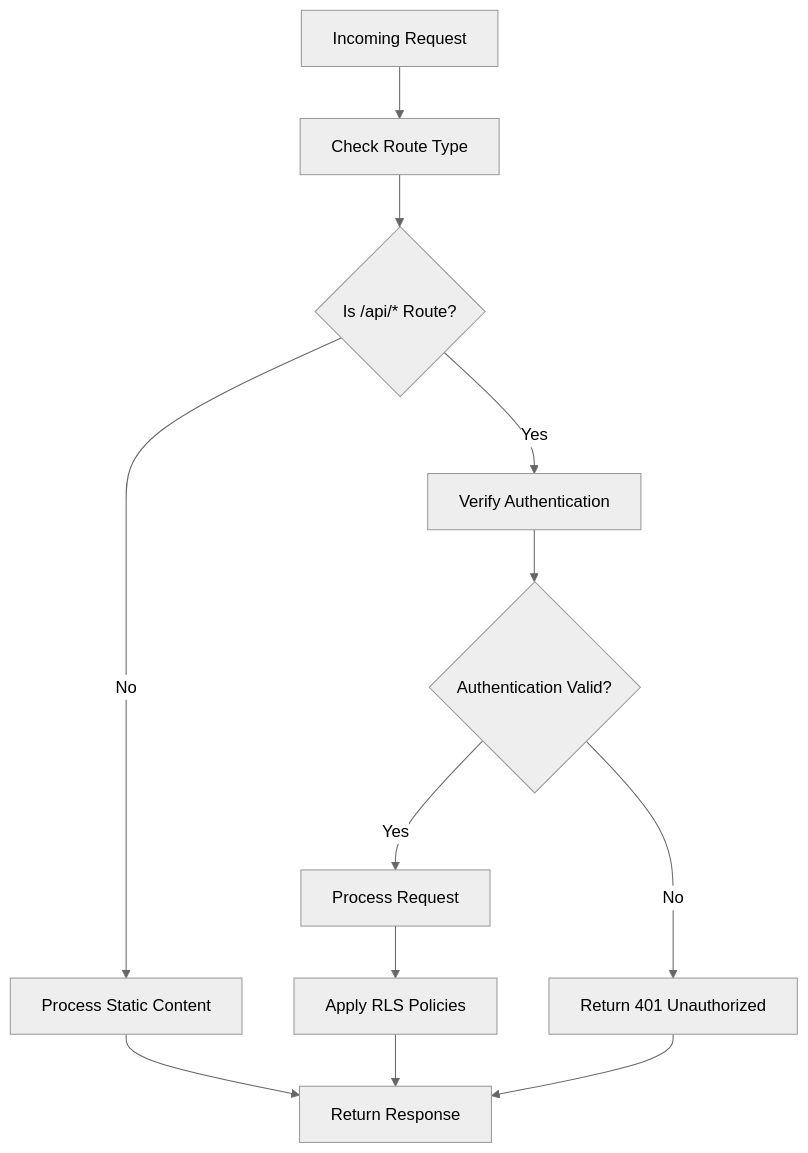
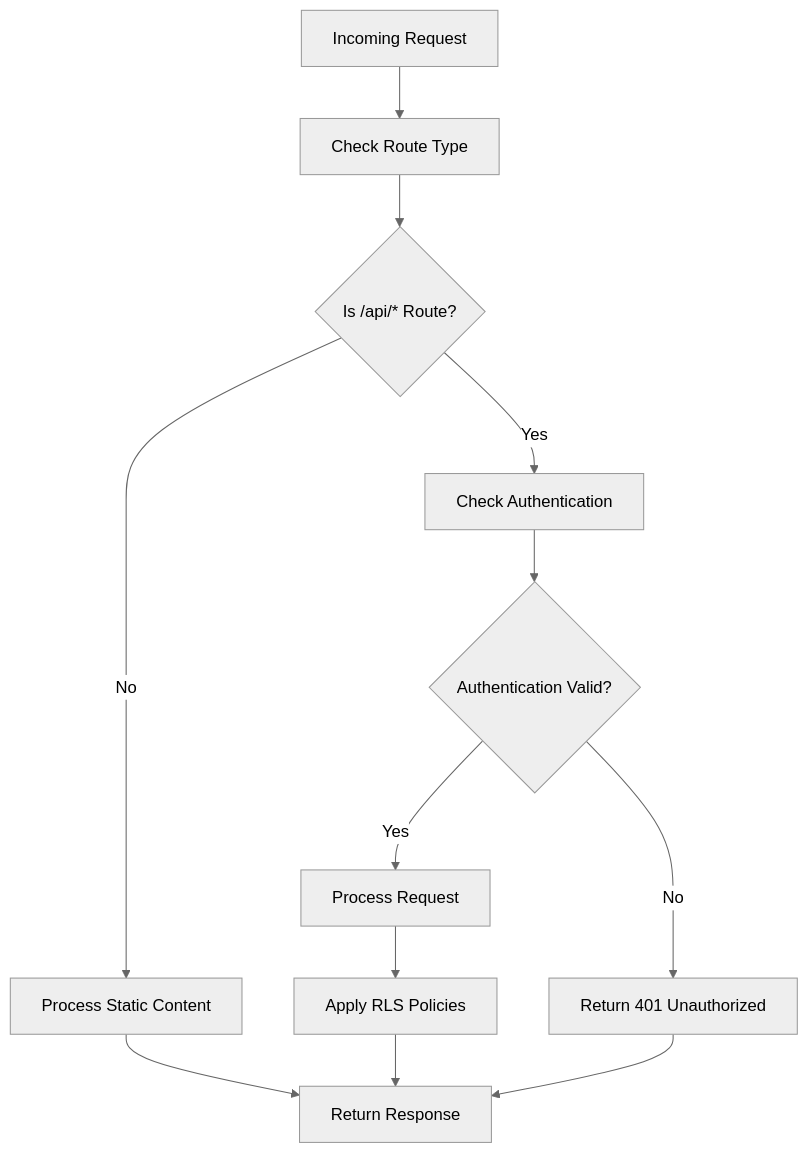
One commit to hunglevi87/Hidden-Gem changed diagram 12 of 13 in .qoder/repowiki/en/content/User Management/Authentication System.md. Above: the diagram before and after it, drawn with Mermaid (neutral theme). The commit also changed other lines of this file and 14 other files, not shown here.

````diff
--- a/.qoder/repowiki/en/content/User Management/Authentication System.md
+++ b/.qoder/repowiki/en/content/User Management/Authentication System.md
@@ -489,14 +546,14 @@
 ```mermaid
 flowchart TD
 IncomingRequest["Incoming Request"] --> CheckRoute["Check Route Type"]
 CheckRoute --> IsAPIRoute{"Is /api/* Route?"}
 IsAPIRoute --> |No| ProcessStatic["Process Static Content"]
-IsAPIRoute --> |Yes| VerifyAuth["Verify Authentication"]
-VerifyAuth --> AuthValid{"Authentication Valid?"}
+IsAPIRoute --> |Yes| CheckAuth["Check Authentication"]
+CheckAuth --> AuthValid{"Authentication Valid?"}
 AuthValid --> |Yes| ProcessRequest["Process Request"]
 AuthValid --> |No| Return401["Return 401 Unauthorized"]
 ProcessRequest --> ApplyPolicies["Apply RLS Policies"]
 ApplyPolicies --> ReturnResponse["Return Response"]
 ProcessStatic --> ReturnResponse
 Return401 --> ReturnResponse
 ```
````
